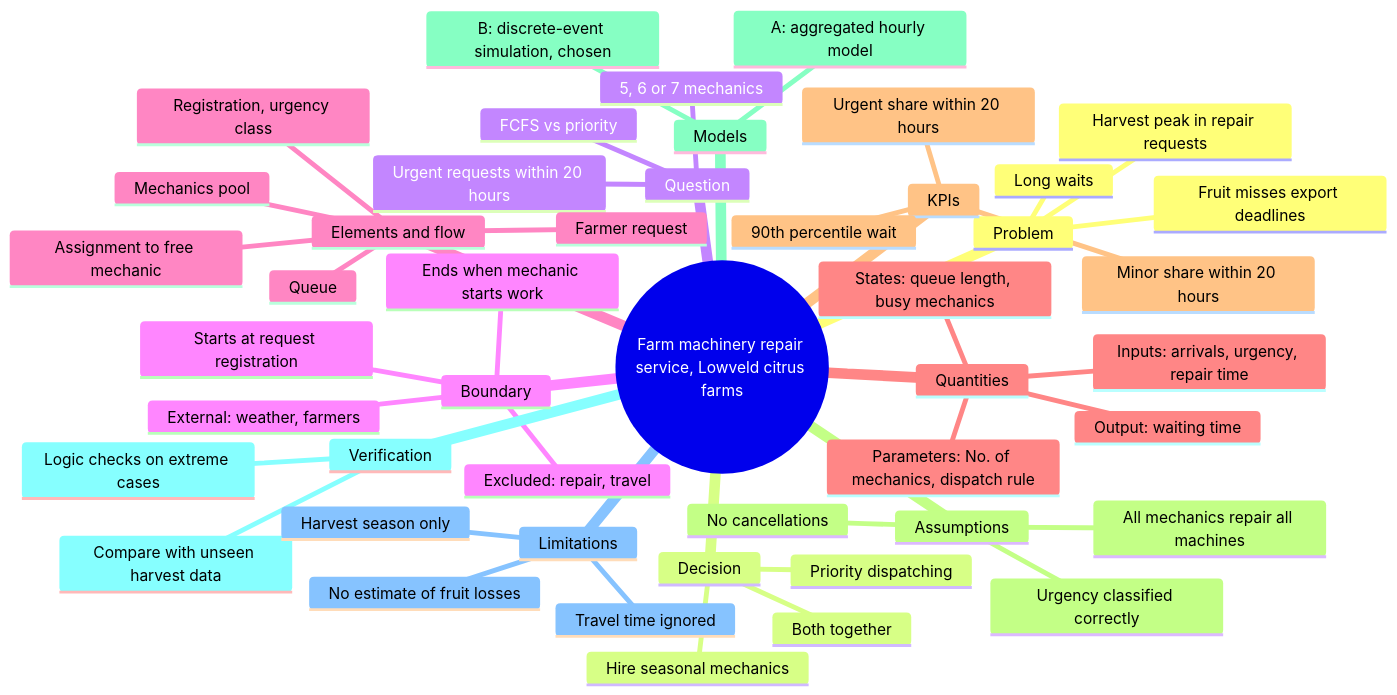
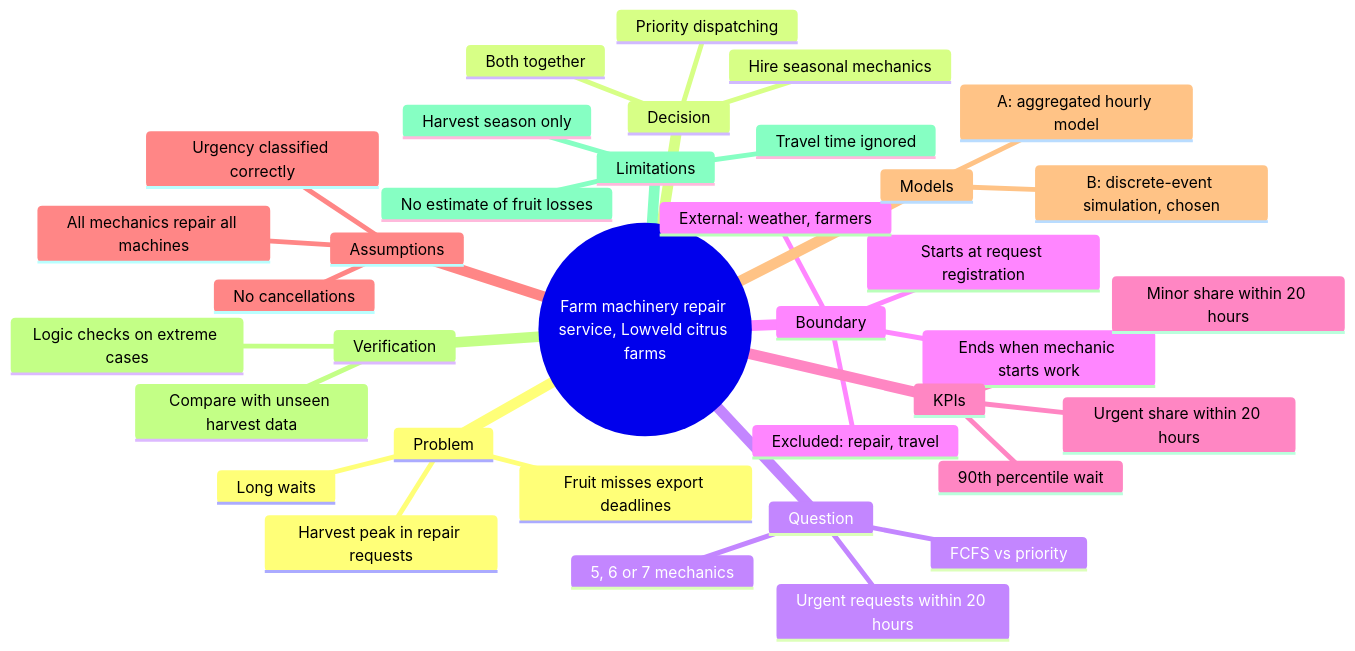
One commit to Timana442/Citrus-Farm-Repair-Model changed the first of 2 diagrams in README.md. Above: the diagram before and after it, drawn with Mermaid.

Commit message:
Remove detailed sections from README
Removed details about elements, flow, quantities, and KPIs from the README.

````diff
--- a/README.md
+++ b/README.md
@@ -5,50 +5,39 @@
 ```mermaid
 mindmap
   root((Farm machinery repair service, Lowveld citrus farms))
     Problem
       Harvest peak in repair requests
       Long waits
       Fruit misses export deadlines
     Decision
       Hire seasonal mechanics
       Priority dispatching
       Both together
     Question
       Urgent requests within 20 hours
       5, 6 or 7 mechanics
       FCFS vs priority
     Boundary
       Starts at request registration
       Ends when mechanic starts work
       External: weather, farmers
       Excluded: repair, travel
-    Elements and flow
-      Farmer request
-      Registration, urgency class
-      Queue
-      Assignment to free mechanic
-      Mechanics pool
-    Quantities
-      Inputs: arrivals, urgency, repair time
-      States: queue length, busy mechanics
-      Parameters: No. of mechanics, dispatch rule
-      Output: waiting time
     KPIs
       Urgent share within 20 hours
       90th percentile wait
       Minor share within 20 hours
     Assumptions
       All mechanics repair all machines
       Urgency classified correctly
       No cancellations
     Models
       A: aggregated hourly model
       B: discrete-event simulation, chosen
     Verification
       Logic checks on extreme cases
       Compare with unseen harvest data
     Limitations
       No estimate of fruit losses
       Harvest season only
       Travel time ignored
 ```
````
